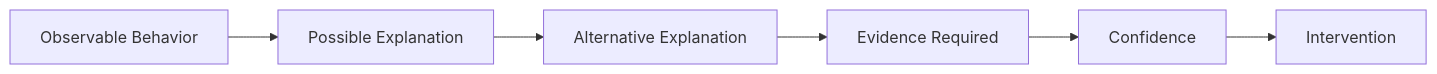
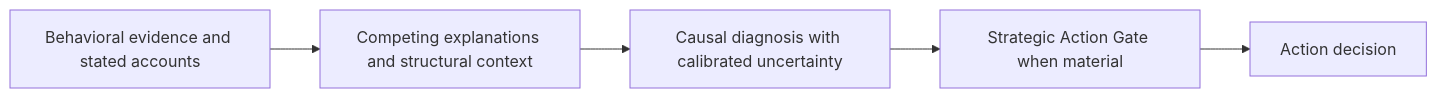
One commit to sschoenfeld-scotty/gtm-ai-reasoning-systems changed the first of 2 diagrams in research/behavioral-inference-engine.md. Above: the diagram before and after it, drawn with Mermaid. The commit also changed other lines of this file and 5 other files, not shown here.

````diff
--- a/research/behavioral-inference-engine.md
+++ b/research/behavioral-inference-engine.md
@@ -84,8 +84,7 @@
 ```mermaid
 flowchart LR
-    A[Observable Behavior] --> B[Possible Explanation]
-    B --> C[Alternative Explanation]
-    C --> D[Evidence Required]
-    D --> E[Confidence]
-    E --> F[Intervention]
+    A["Behavioral evidence and stated accounts"] --> B["Competing explanations and structural context"]
+    B --> C["Causal diagnosis with calibrated uncertainty"]
+    C --> D["Strategic Action Gate when material"]
+    D --> E["Action decision"]
 ```
````
